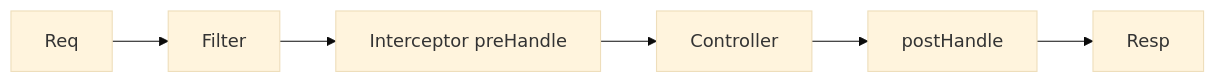
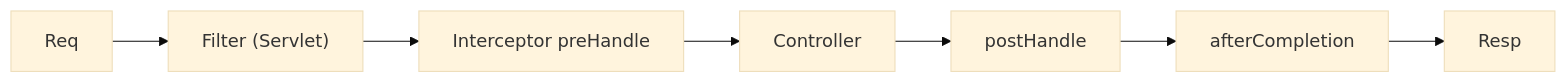
Before and after one commit to obiticadev/DAM-2025-26: the sixth of 6 diagrams in Programación/Aprendizaje autodidacta/11_APIRESTMasterclass/teoria/06_Request_Response_Avanzado.md, drawn with Mermaid (base theme). The commit also changed other lines of this file and 35 other files, not shown here.

````diff
--- a/Programación/Aprendizaje autodidacta/11_APIRESTMasterclass/teoria/06_Request_Response_Avanzado.md
+++ b/Programación/Aprendizaje autodidacta/11_APIRESTMasterclass/teoria/06_Request_Response_Avanzado.md
@@ -47,4 +366,4 @@
 ```mermaid
 flowchart LR
-    Req --> F[Filter] --> I[Interceptor preHandle] --> Ctrl[Controller] --> I2[postHandle] --> Resp
+    Req --> F["Filter (Servlet)"] --> I["Interceptor preHandle"] --> Ctrl[Controller] --> I2[postHandle] --> AC[afterCompletion] --> Resp
 ```
````
